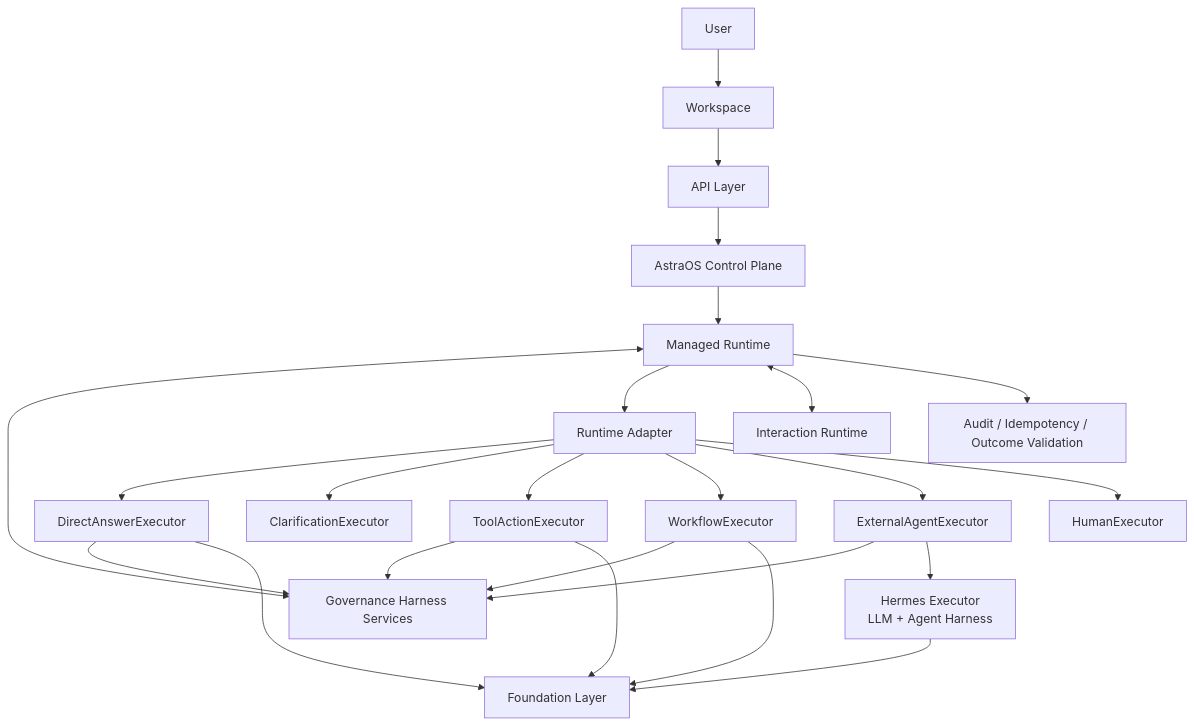
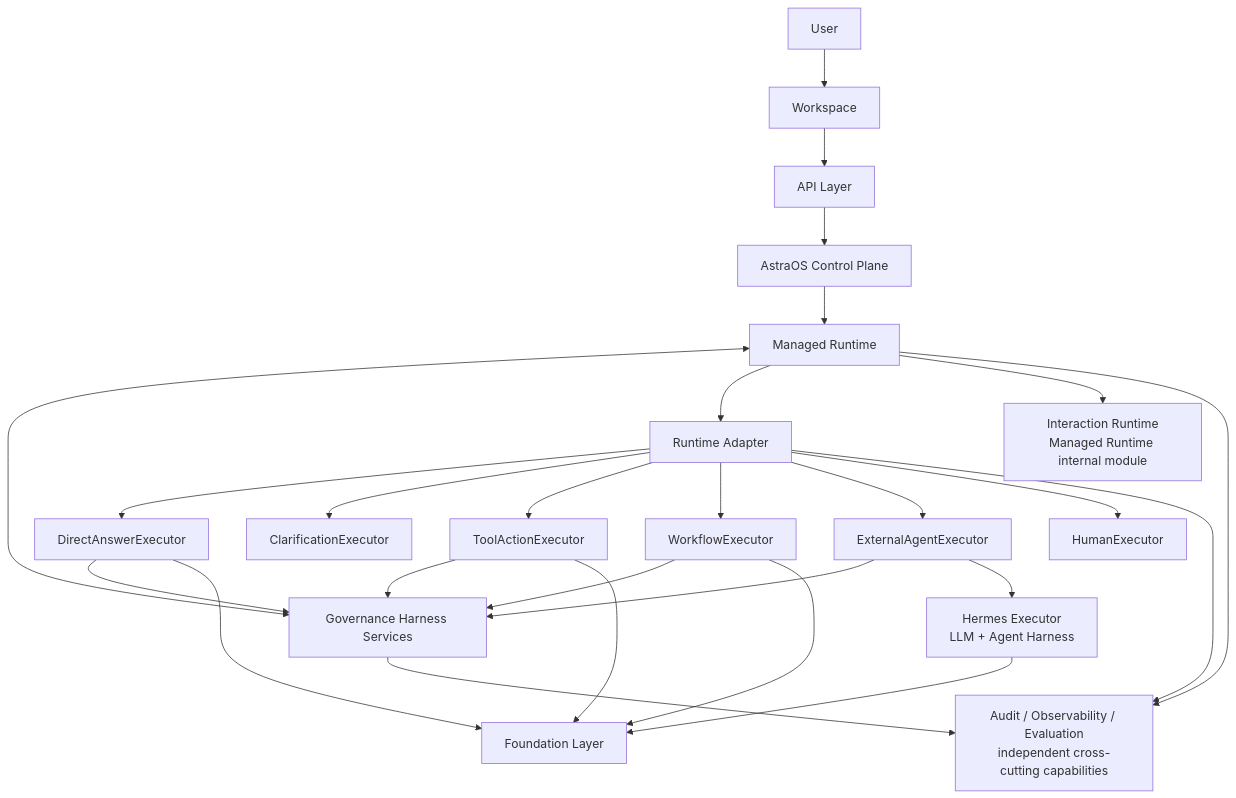
Before and after one commit to suberking0212/Astra-OS: the diagram in docs/Chinese/mvp/AI_EMPLOYEE_HARNESS_DESIGN.md, drawn with Mermaid. The commit also changed other lines of this file and 15 other files, not shown here.

````diff
--- a/docs/Chinese/mvp/AI_EMPLOYEE_HARNESS_DESIGN.md
+++ b/docs/Chinese/mvp/AI_EMPLOYEE_HARNESS_DESIGN.md
@@ -98,29 +98,31 @@
 ```mermaid
 flowchart TB
   USER[User] --> WS[Workspace]
   WS --> API[API Layer]
   API --> CP[AstraOS Control Plane]
   CP --> MR[Managed Runtime]
   MR <--> GH[Governance Harness Services]
   MR --> RA[Runtime Adapter]
 
   RA --> DIRECT[DirectAnswerExecutor]
   RA --> CLARIFY[ClarificationExecutor]
   RA --> TOOL[ToolActionExecutor]
   RA --> WF[WorkflowExecutor]
   RA --> EAE[ExternalAgentExecutor]
   RA --> HUMAN[HumanExecutor]
   DIRECT --> GH
   TOOL --> GH
   WF --> GH
   EAE --> GH
 
   EAE --> HERMES[Hermes Executor<br/>LLM + Agent Harness]
   DIRECT --> FD[Foundation Layer]
   TOOL --> FD
   WF --> FD
   HERMES --> FD
 
-  MR <--> IR[Interaction Runtime]
-  MR --> AUDIT[Audit / Idempotency / Outcome Validation]
+  MR --> IR[Interaction Runtime<br/>Managed Runtime internal module]
+  MR --> AUDIT[Audit / Observability / Evaluation<br/>independent cross-cutting capabilities]
+  GH --> AUDIT
+  RA --> AUDIT
 ```
````
